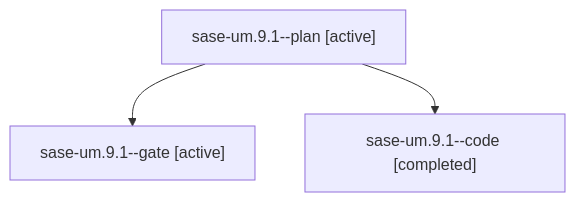
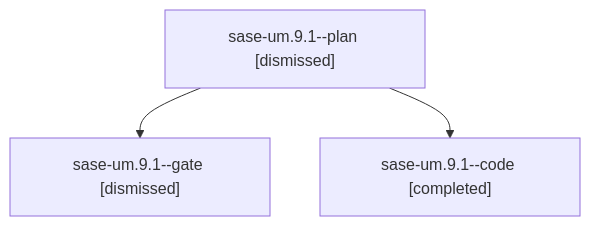
The diagram in sessions/bbugyi200.athena.sase-um.9.1.md (sase-org/sase--agents), drawn with Mermaid before and after one commit. The commit also changed other lines of this file and 240 other files, not shown here.

````diff
--- a/sessions/bbugyi200.athena.sase-um.9.1.md
+++ b/sessions/bbugyi200.athena.sase-um.9.1.md
@@ -9,8 +9,8 @@
 ```mermaid
 flowchart TD
-  n0["sase-um.9.1--plan [active]"]
-  n1["sase-um.9.1--gate [active]"]
+  n0["sase-um.9.1--plan [dismissed]"]
+  n1["sase-um.9.1--gate [dismissed]"]
   n0 --> n1
   n2["sase-um.9.1--code [completed]"]
   n0 --> n2
 ```
````
